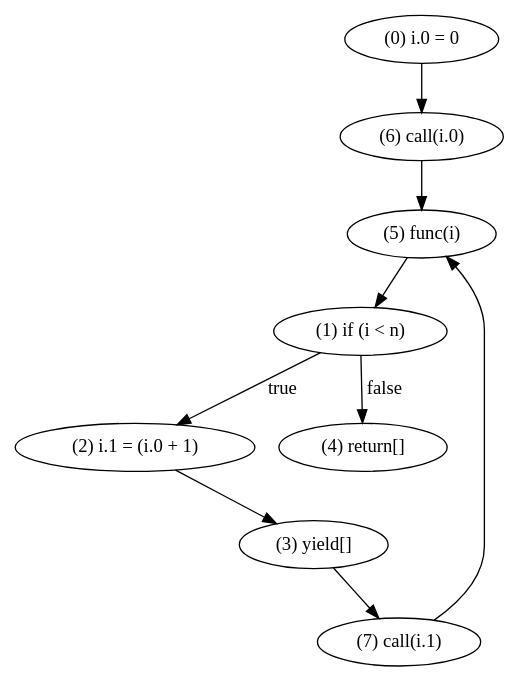
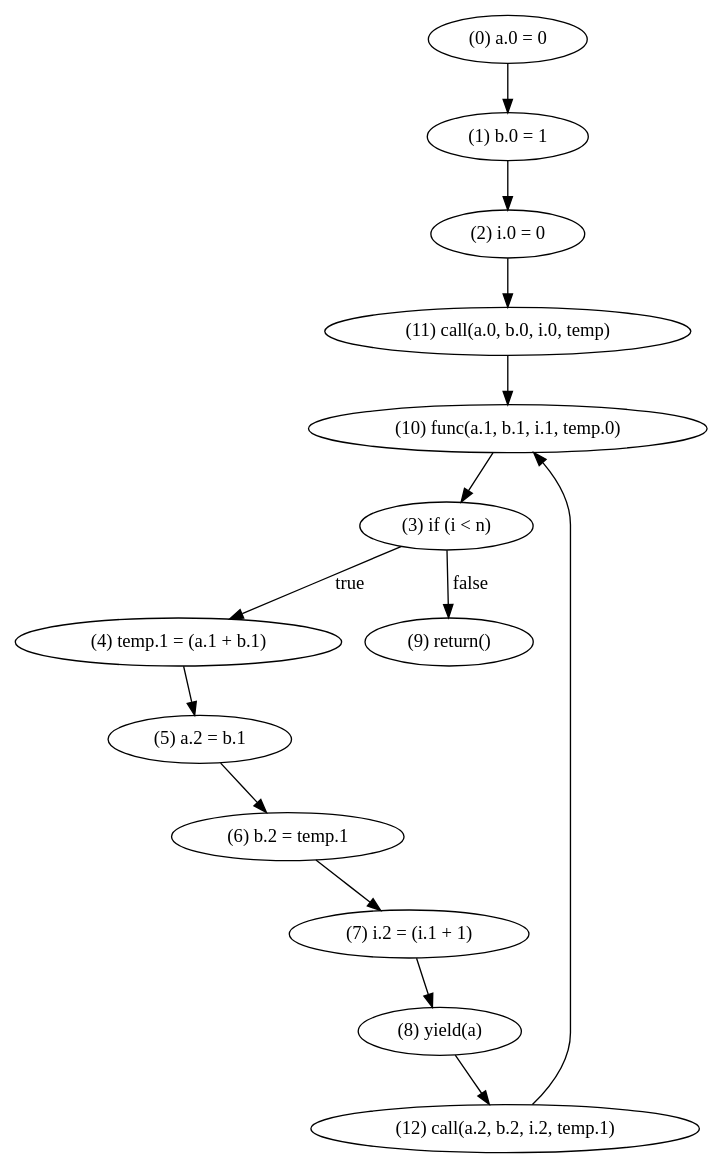
One commit to WorldofKerry/ToHDL changed the diagram in crates/passes/make_ssa.dot. Above: the diagram before and after it, drawn with Graphviz. The commit also changed 9 other files, not shown here.

```diff
--- a/crates/passes/make_ssa.dot
+++ b/crates/passes/make_ssa.dot
@@ -1,18 +1,28 @@
 digraph {
-    0 [ label = "(0) i.0 = 0" ]
-    1 [ label = "(1) if (i < n)" ]
-    2 [ label = "(2) i.1 = (i.0 + 1)" ]
-    3 [ label = "(3) yield[]" ]
-    4 [ label = "(4) return[]" ]
-    5 [ label = "(5) func(i)" ]
-    6 [ label = "(6) call(i.0)" ]
-    7 [ label = "(7) call(i.1)" ]
-    0 -> 6 [ label = "" ]
-    1 -> 4 [ label = "false" ]
-    1 -> 2 [ label = "true" ]
-    2 -> 3 [ label = "" ]
-    3 -> 7 [ label = "" ]
-    5 -> 1 [ label = "" ]
-    6 -> 5 [ label = "" ]
-    7 -> 5 [ label = "" ]
+    0 [ label = "(0) a.0 = 0" ]
+    1 [ label = "(1) b.0 = 1" ]
+    2 [ label = "(2) i.0 = 0" ]
+    3 [ label = "(3) if (i < n)" ]
+    4 [ label = "(4) temp.1 = (a.1 + b.1)" ]
+    5 [ label = "(5) a.2 = b.1" ]
+    6 [ label = "(6) b.2 = temp.1" ]
+    7 [ label = "(7) i.2 = (i.1 + 1)" ]
+    8 [ label = "(8) yield(a)" ]
+    9 [ label = "(9) return()" ]
+    10 [ label = "(10) func(a.1, b.1, i.1, temp.0)" ]
+    11 [ label = "(11) call(a.0, b.0, i.0, temp)" ]
+    12 [ label = "(12) call(a.2, b.2, i.2, temp.1)" ]
+    0 -> 1 [ label = "" ]
+    1 -> 2 [ label = "" ]
+    2 -> 11 [ label = "" ]
+    3 -> 9 [ label = "false" ]
+    3 -> 4 [ label = "true" ]
+    4 -> 5 [ label = "" ]
+    5 -> 6 [ label = "" ]
+    6 -> 7 [ label = "" ]
+    7 -> 8 [ label = "" ]
+    8 -> 12 [ label = "" ]
+    10 -> 3 [ label = "" ]
+    11 -> 10 [ label = "" ]
+    12 -> 10 [ label = "" ]
 }
```
